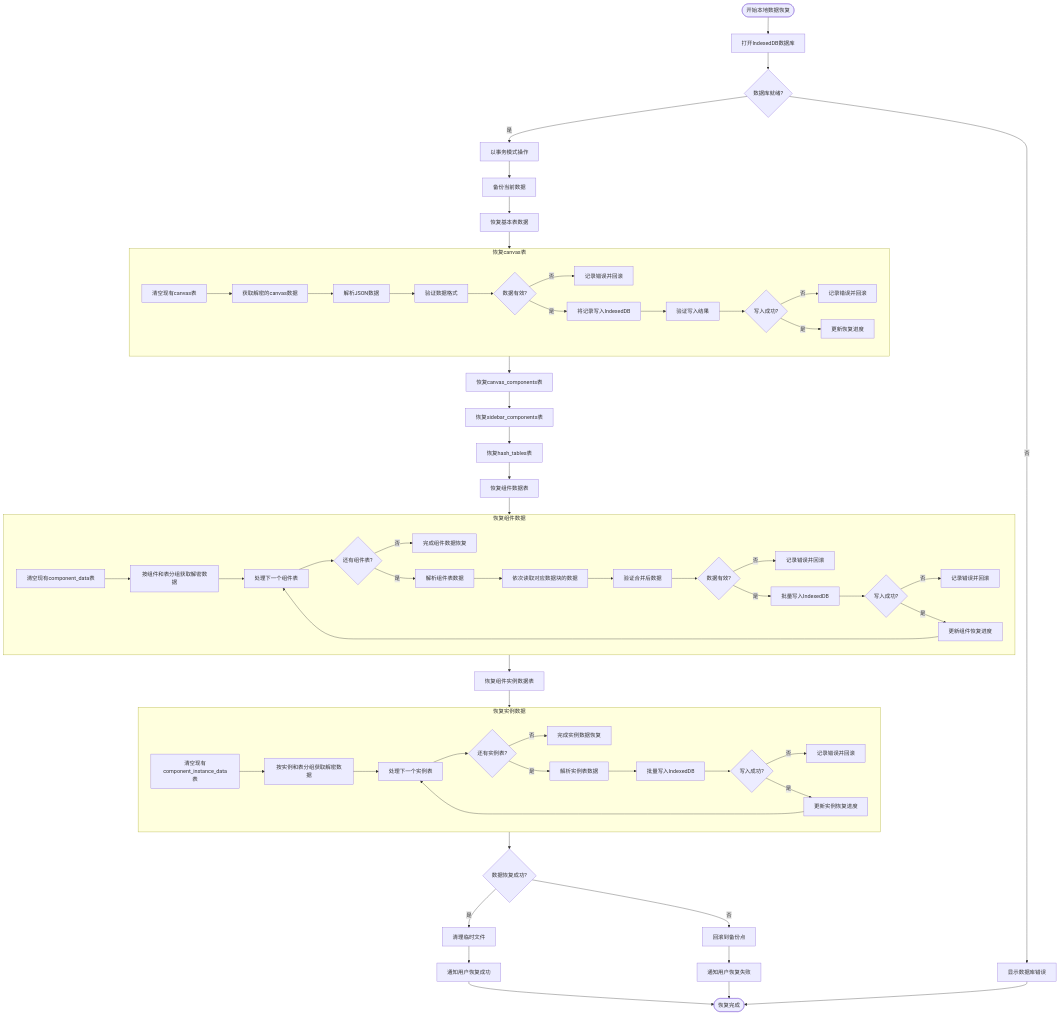
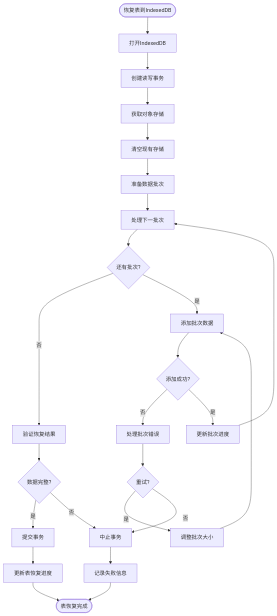
The diagram in all/未命名-53.md (yingjianzh/iodraw-files), drawn with Mermaid before and after one commit.

Commit message:
2025-05-09 17:33:19 update

````diff
--- a/all/未命名-53.md
+++ b/all/未命名-53.md
@@ -1,84 +1,36 @@
 ```mermaid
-
 flowchart TD
-    Start([开始本地数据恢复]) --> OpenIndexedDB[打开IndexedDB数据库]
-    OpenIndexedDB --> DBReady{数据库就绪?}
+    Start([恢复表到IndexedDB]) --> OpenDB[打开IndexedDB]
+    OpenDB --> CreateTx[创建读写事务]
+    CreateTx --> GetStore[获取对象存储]
     
-    DBReady -->|否| ShowDBError[显示数据库错误]
-    DBReady -->|是| WithTransaction[以事务模式操作]
+    GetStore --> ClearStore[清空现有存储]
+    ClearStore --> PrepareBatches[准备数据批次]
     
-    WithTransaction --> BackupCurrentData[备份当前数据]
-    BackupCurrentData --> RestoreBasicTables[恢复基本表数据]
+    PrepareBatches --> ProcessNextBatch[处理下一批次]
+    ProcessNextBatch --> MoreBatches{还有批次?}
     
-    subgraph RestoreCanvasTable [恢复canvas表]
-        RC1[清空现有canvas表] --> RC2[获取解密的canvas数据]
-        RC2 --> RC3[解析JSON数据]
-        RC3 --> RC4[验证数据格式]
-        RC4 --> RC5{数据有效?}
-        RC5 -->|否| RC6[记录错误并回滚]
-        RC5 -->|是| RC7[将记录写入IndexedDB]
-        RC7 --> RC8[验证写入结果]
-        RC8 --> RC9{写入成功?}
-        RC9 -->|否| RC10[记录错误并回滚]
-        RC9 -->|是| RC11[更新恢复进度]
-    end
+    MoreBatches -->|否| VerifyResults[验证恢复结果]
+    MoreBatches -->|是| AddBatch[添加批次数据]
     
-    RestoreBasicTables --> RestoreCanvasTable
+    AddBatch --> BatchAdded{添加成功?}
+    BatchAdded -->|否| HandleBatchError[处理批次错误]
+    BatchAdded -->|是| UpdateBatchProgress[更新批次进度]
     
-    RestoreCanvasTable --> RestoreCanvasCompTable[恢复canvas_components表]
-    RestoreCanvasCompTable --> RestoreSidebarCompTable[恢复sidebar_components表]
-    RestoreSidebarCompTable --> RestoreHashTable[恢复hash_tables表]
+    HandleBatchError --> RetryBatch{重试?}
+    RetryBatch -->|是| AdjustBatchSize[调整批次大小]
+    RetryBatch -->|否| AbortTx[中止事务]
     
-    RestoreHashTable --> RestoreComponentData[恢复组件数据表]
+    AdjustBatchSize --> AddBatch
+    UpdateBatchProgress --> ProcessNextBatch
     
-    subgraph RestoreCompData [恢复组件数据]
-        RCD1[清空现有component_data表] --> RCD2[按组件和表分组获取解密数据]
-        RCD2 --> RCD3[处理下一个组件表]
-        RCD3 --> RCD4{还有组件表?}
-        RCD4 -->|否| RCD14[完成组件数据恢复]
-        RCD4 -->|是| RCD5[解析组件表数据]
-        RCD5 --> RCD6[依次读取对应数据块的数据]
-        RCD6 --> RCD7[验证合并后数据]
-        RCD7 --> RCD8{数据有效?}
-        RCD8 -->|否| RCD9[记录错误并回滚]
-        RCD8 -->|是| RCD10[批量写入IndexedDB]
-        RCD10 --> RCD11{写入成功?}
-        RCD11 -->|否| RCD12[记录错误并回滚]
-        RCD11 -->|是| RCD13[更新组件恢复进度]
-        RCD13 --> RCD3
-    end
+    VerifyResults --> DataComplete{数据完整?}
+    DataComplete -->|是| CommitTx[提交事务]
+    DataComplete -->|否| AbortTx
     
-    RestoreComponentData --> RestoreCompData
+    CommitTx --> UpdateTableProgress[更新表恢复进度]
+    AbortTx --> LogFailure[记录失败信息]
     
-    RestoreCompData --> RestoreInstanceData[恢复组件实例数据表]
-    
-    subgraph RestoreInstData [恢复实例数据]
-        RID1[清空现有component_instance_data表] --> RID2[按实例和表分组获取解密数据]
-        RID2 --> RID3[处理下一个实例表]
-        RID3 --> RID4{还有实例表?}
-        RID4 -->|否| RID14[完成实例数据恢复]
-        RID4 -->|是| RID5[解析实例表数据]
-        RID5 --> RID10[批量写入IndexedDB]
-        RID10 --> RID11{写入成功?}
-        RID11 -->|否| RID12[记录错误并回滚]
-        RID11 -->|是| RID13[更新实例恢复进度]
-        RID13 --> RID3
-    end
-    
-    RestoreInstanceData --> RestoreInstData
-    
-    RestoreInstData --> AllDataValid{数据恢复成功?}
-    
-    AllDataValid -->|是| CleanupTemp[清理临时文件]
-    AllDataValid -->|否| RollbackToBackup[回滚到备份点]
-    
-     
-    RollbackToBackup --> NotifyFailure[通知用户恢复失败]
-    
-    CleanupTemp --> NotifySuccess[通知用户恢复成功]
-    
-    NotifySuccess --> End([恢复完成])
-    NotifyFailure --> End
-    ShowDBError --> End
-
+    UpdateTableProgress --> End([表恢复完成])
+    LogFailure --> End
 ```
````
